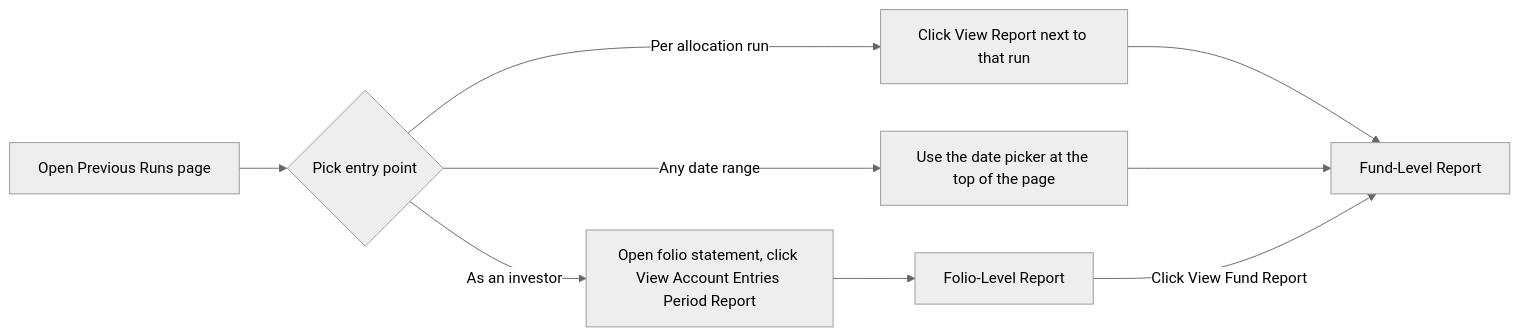
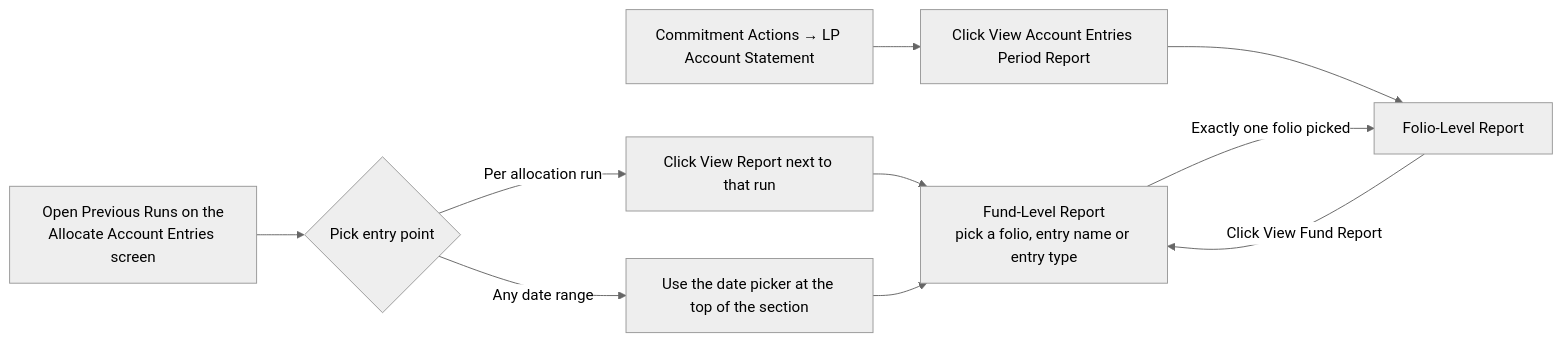
One commit to sampadadiwan/IRM_CompanyMain changed the diagram in docs/user_guides/account_entries_period_report_user_guide.md. Above: the diagram before and after it, drawn with Mermaid (neutral theme). The commit also changed other lines of this file and 135 other files, not shown here.

````diff
--- a/docs/user_guides/account_entries_period_report_user_guide.md
+++ b/docs/user_guides/account_entries_period_report_user_guide.md
@@ -50,11 +53,12 @@
 ```mermaid
 flowchart LR
-    A[Open Previous Runs page] --> B{Pick entry point}
+    A[Open Previous Runs on the<br/>Allocate Account Entries screen] --> B{Pick entry point}
     B -->|Per allocation run| C[Click View Report next to that run]
-    B -->|Any date range| D[Use the date picker at the top of the page]
-    B -->|As an investor| E[Open folio statement, click View Account Entries Period Report]
-    C --> F[Fund-Level Report]
+    B -->|Any date range| D[Use the date picker at the top of the section]
+    H[Commitment Actions → LP Account Statement] --> E[Click View Account Entries Period Report]
+    C --> F[Fund-Level Report<br/>pick a folio, entry name or entry type]
     D --> F
     E --> G[Folio-Level Report]
+    F -->|Exactly one folio picked| G
     G -->|Click View Fund Report| F
 ```
````
